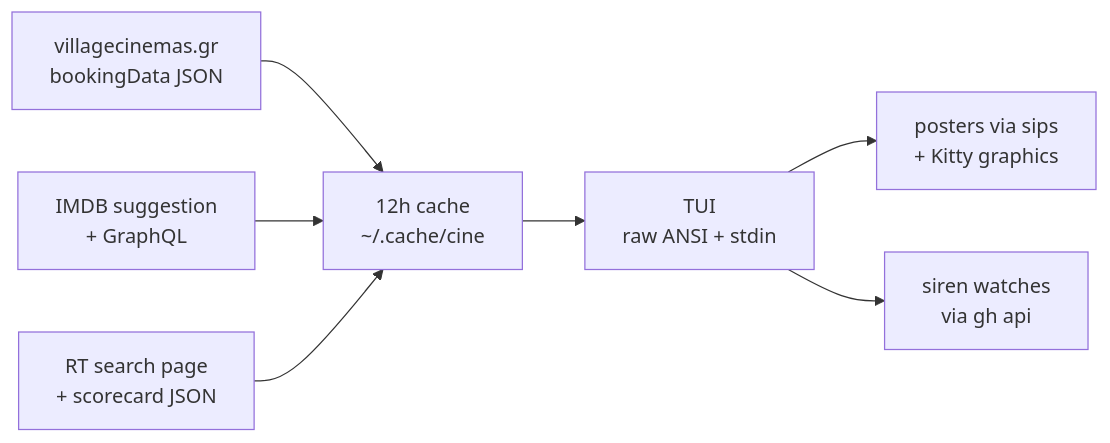
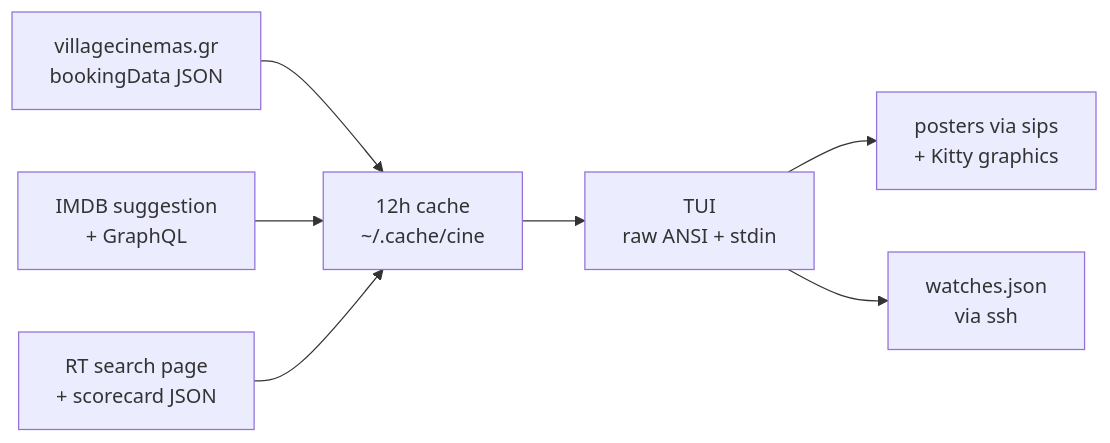
The first of 2 diagrams in README.md (nitrimandylis/cine), drawn with Mermaid before and after one commit. The commit also changed other lines of this file and 4 other files, not shown here.

Commit message:
write ticket watches to the Pi over ssh, siren is archived

````diff
--- a/README.md
+++ b/README.md
@@ -122,9 +122,9 @@
 ```mermaid
 flowchart LR
     A[villagecinemas.gr<br/>bookingData JSON] --> D[12h cache<br/>~/.cache/cine]
     B[IMDB suggestion<br/>+ GraphQL] --> D
     C[RT search page<br/>+ scorecard JSON] --> D
     D --> E[TUI<br/>raw ANSI + stdin]
     E --> F[posters via sips<br/>+ Kitty graphics]
-    E --> G[siren watches<br/>via gh api]
+    E --> G[watches.json<br/>via ssh]
 ```
````
